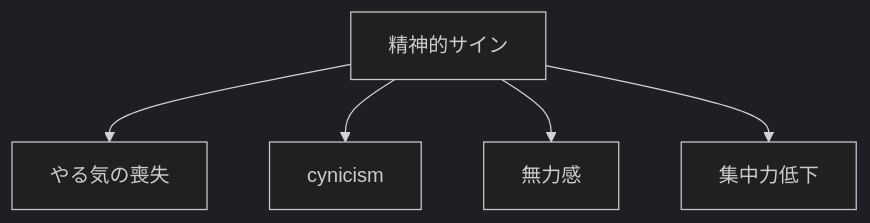
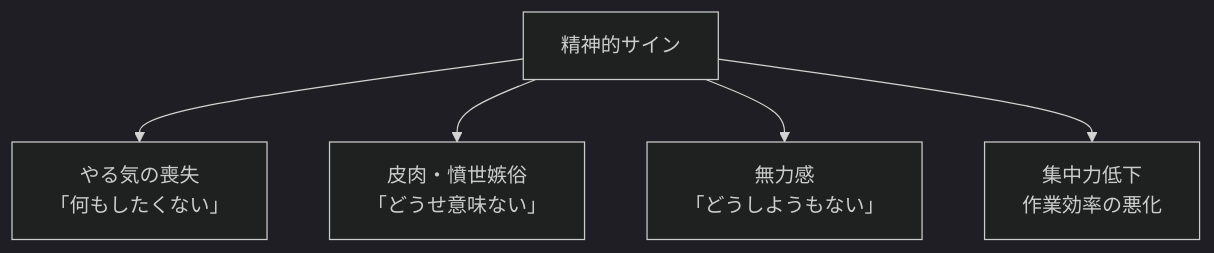
The second of 4 diagrams in content/blog/293-capacity-awareness-burnout-prevention.md (tndg16-bot/portfolio-site), drawn with Mermaid (dark theme) before and after one commit. The commit also changed other lines of this file and 19 other files, not shown here.

````diff
--- a/content/blog/293-capacity-awareness-burnout-prevention.md
+++ b/content/blog/293-capacity-awareness-burnout-prevention.md
@@ -55,8 +48,8 @@
 ```mermaid
 graph TD
     A[精神的サイン]
-    A --> B[やる気の喪失]
-    A --> C[ cynicism ]
-    A --> D[無力感]
-    A --> E[集中力低下]
+    A --> B[やる気の喪失<br/>「何もしたくない」]
+    A --> C[皮肉・憤世嫉俗<br/>「どうせ意味ない」]
+    A --> D[無力感<br/>「どうしようもない」]
+    A --> E[集中力低下<br/>作業効率の悪化]
 ```
````
